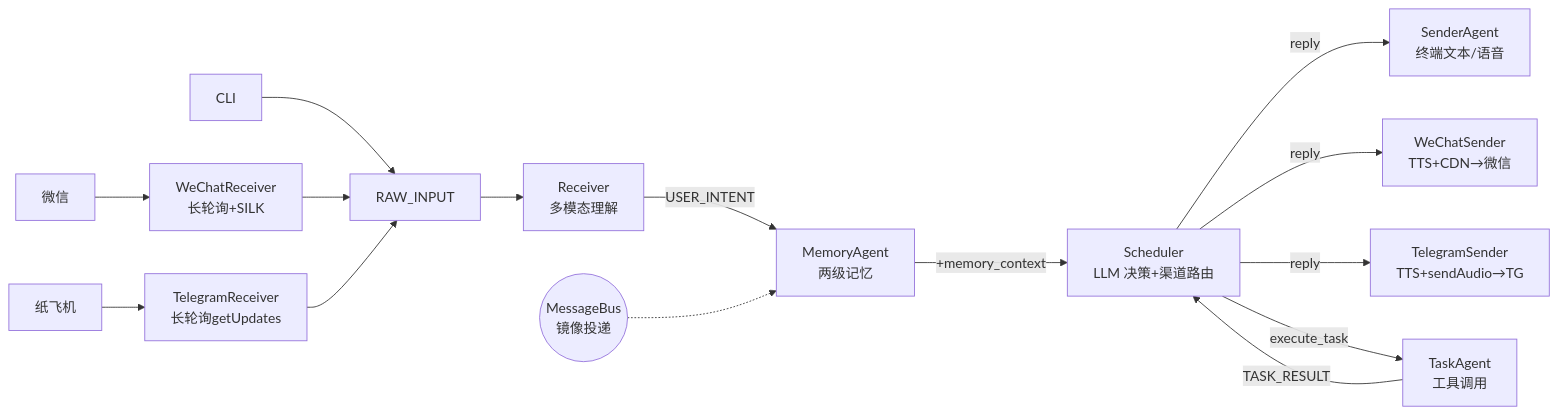
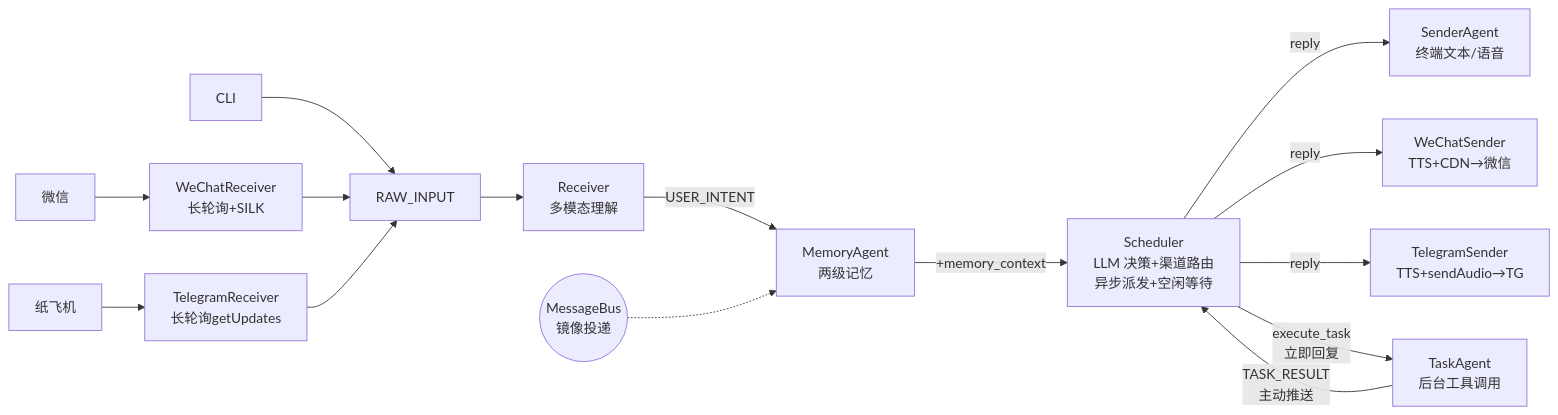
One commit to linnin233-l/mia changed the diagram in README.md. Above: the diagram before and after it, drawn with Mermaid. The commit also changed other lines of this file, not shown here.

Commit message:
docs: README 架构图更新 — Scheduler 异步派发 + TaskAgent 主动推送

````diff
--- a/README.md
+++ b/README.md
@@ -9,17 +9,17 @@
 ```mermaid
 flowchart LR
     CLI --> RAW[RAW_INPUT]
     WX[微信] --> WR[WeChatReceiver<br/>长轮询+SILK] --> RAW
     TG[纸飞机] --> TR[TelegramReceiver<br/>长轮询getUpdates] --> RAW
 
     RAW --> R[Receiver<br/>多模态理解]
     R -->|USER_INTENT| Mem[MemoryAgent<br/>两级记忆]
-    Mem -->|+memory_context| Sch[Scheduler<br/>LLM 决策+渠道路由]
+    Mem -->|+memory_context| Sch[Scheduler<br/>LLM 决策+渠道路由<br/>异步派发+空闲等待]
     Sch -->|reply| SD[SenderAgent<br/>终端文本/语音]
     Sch -->|reply| WS[WeChatSender<br/>TTS+CDN→微信]
     Sch -->|reply| TS[TelegramSender<br/>TTS+sendAudio→TG]
-    Sch -->|execute_task| TA[TaskAgent<br/>工具调用]
-    TA -->|TASK_RESULT| Sch
+    Sch -->|execute_task<br/>立即回复| TA[TaskAgent<br/>后台工具调用]
+    TA -->|TASK_RESULT<br/>主动推送| Sch
 
     Bus((MessageBus<br/>镜像投递)) -.-> Mem
 ```
````
